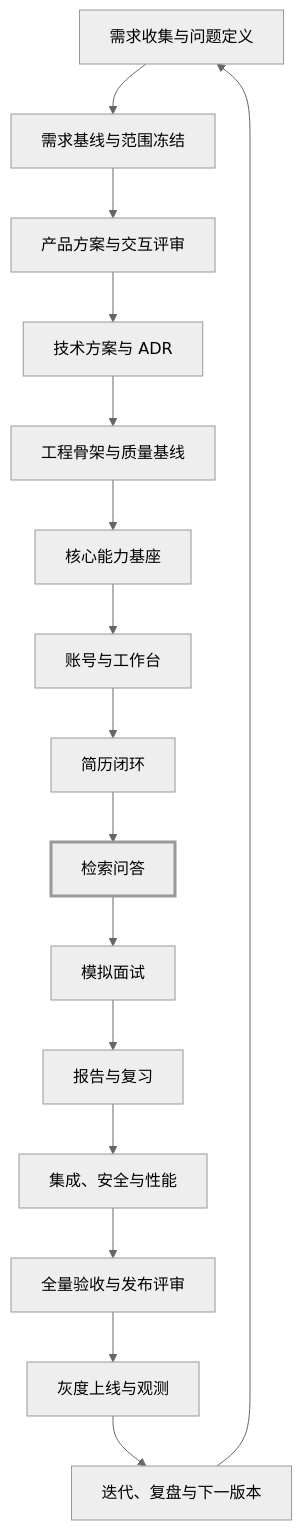
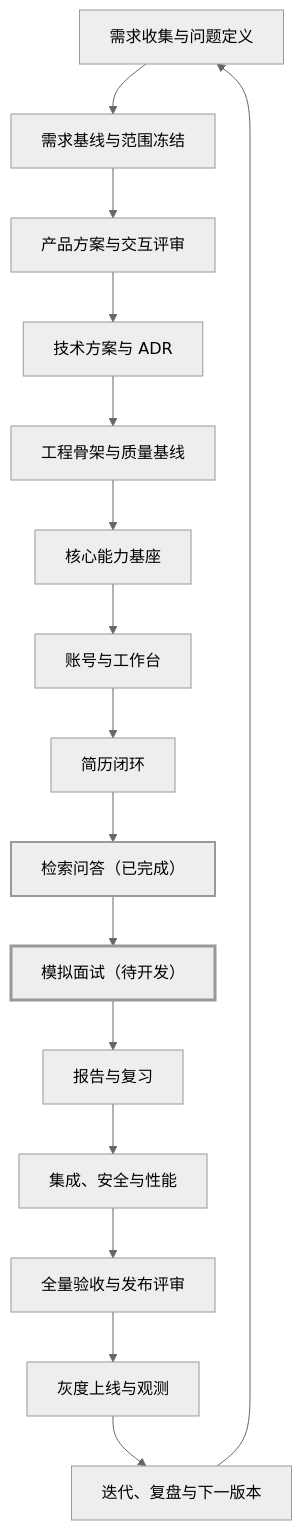
One commit to Rainloury/technical-interview-agent changed the diagram in docs/development-flow.md. Above: the diagram before and after it, drawn with Mermaid (neutral theme). The commit also changed other lines of this file and 41 other files, not shown here.

Commit message:
feat: 实现检索问答切片，添加问答创建/详情/流式接口、知识源章节模型、结构化问答契约与提示词、确定性词法检索、证据冻结与公开视图、异步答题任务及 React 问答前端，完善 SSE 游标重放、幂等、终态事件互斥、引用校验、URL 拒绝并更新文档

````diff
--- a/docs/development-flow.md
+++ b/docs/development-flow.md
@@ -43,21 +43,23 @@
 ```mermaid
 flowchart TD
     A["需求收集与问题定义"] --> B["需求基线与范围冻结"]
     B --> C["产品方案与交互评审"]
     C --> D["技术方案与 ADR"]
     D --> E["工程骨架与质量基线"]
     E --> F["核心能力基座"]
     F --> G["账号与工作台"]
     G --> H["简历闭环"]
-    H --> I["检索问答"]
-    I --> J["模拟面试"]
+    H --> I["检索问答（已完成）"]
+    I --> J["模拟面试（待开发）"]
     J --> K["报告与复习"]
     K --> L["集成、安全与性能"]
     L --> M["全量验收与发布评审"]
     M --> N["灰度上线与观测"]
     N --> O["迭代、复盘与下一版本"]
     O --> A
 
     classDef current stroke-width:3px;
-    class I current;
+    classDef completed stroke-width:2px;
+    class I completed;
+    class J current;
 ```
````
